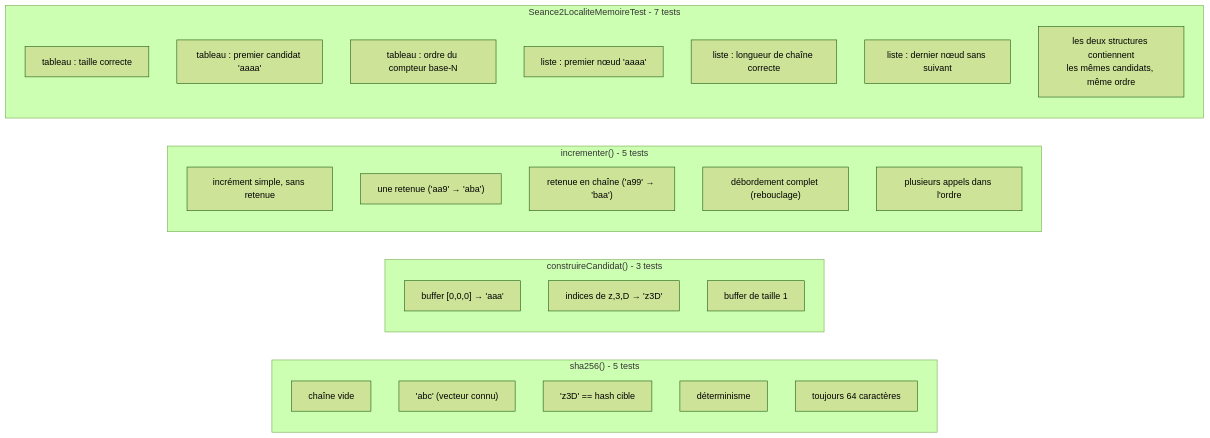
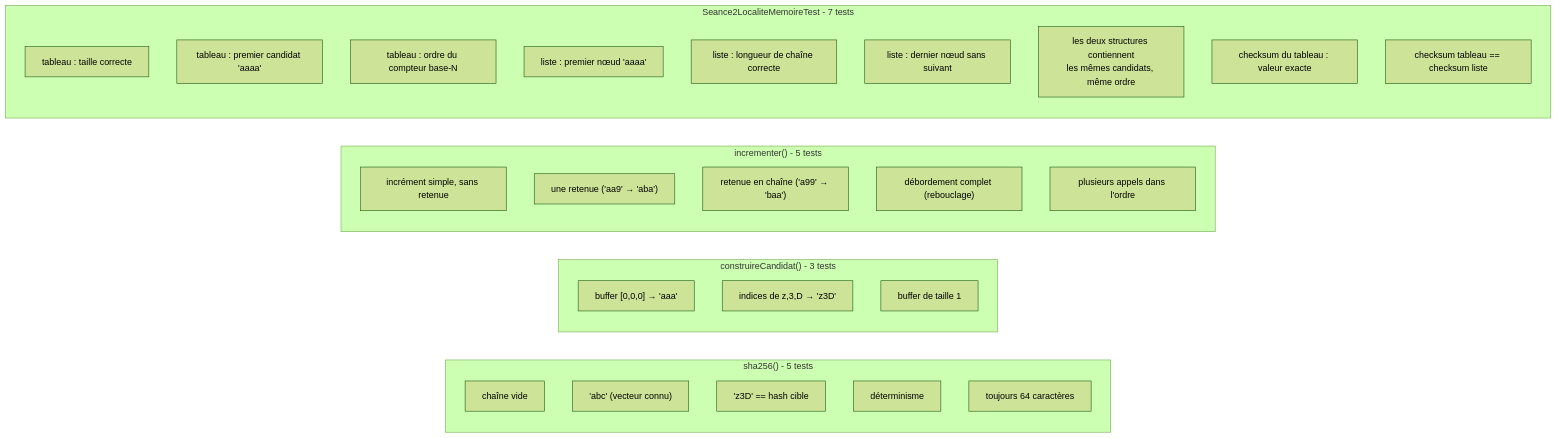
The tenth of 12 diagrams in shemas/schemas.md (YoussefGoat123/FILROUGE), drawn with Mermaid (forest theme) before and after one commit. The commit also changed other lines of this file and 4 other files, not shown here.

````diff
--- a/shemas/schemas.md
+++ b/shemas/schemas.md
@@ -165,31 +219,33 @@
 ```mermaid
 graph LR
     subgraph "sha256() - 5 tests"
         T1["chaîne vide"]
         T2["'abc' (vecteur connu)"]
         T3["'z3D' == hash cible"]
         T4["déterminisme"]
         T5["toujours 64 caractères"]
     end
     subgraph "construireCandidat() - 3 tests"
         T6["buffer [0,0,0] → 'aaa'"]
         T7["indices de z,3,D → 'z3D'"]
         T8["buffer de taille 1"]
     end
     subgraph "incrementer() - 5 tests"
         T9["incrément simple, sans retenue"]
         T10["une retenue ('aa9' → 'aba')"]
         T11["retenue en chaîne ('a99' → 'baa')"]
         T12["débordement complet (rebouclage)"]
         T13["plusieurs appels dans l'ordre"]
     end
     subgraph "Seance2LocaliteMemoireTest - 7 tests"
         T14["tableau : taille correcte"]
         T15["tableau : premier candidat 'aaaa'"]
         T16["tableau : ordre du compteur base-N"]
         T17["liste : premier nœud 'aaaa'"]
         T18["liste : longueur de chaîne correcte"]
         T19["liste : dernier nœud sans suivant"]
         T20["les deux structures contiennent\nles mêmes candidats, même ordre"]
+        T21["checksum du tableau : valeur exacte"]
+        T22["checksum tableau == checksum liste"]
     end
 ```
````
